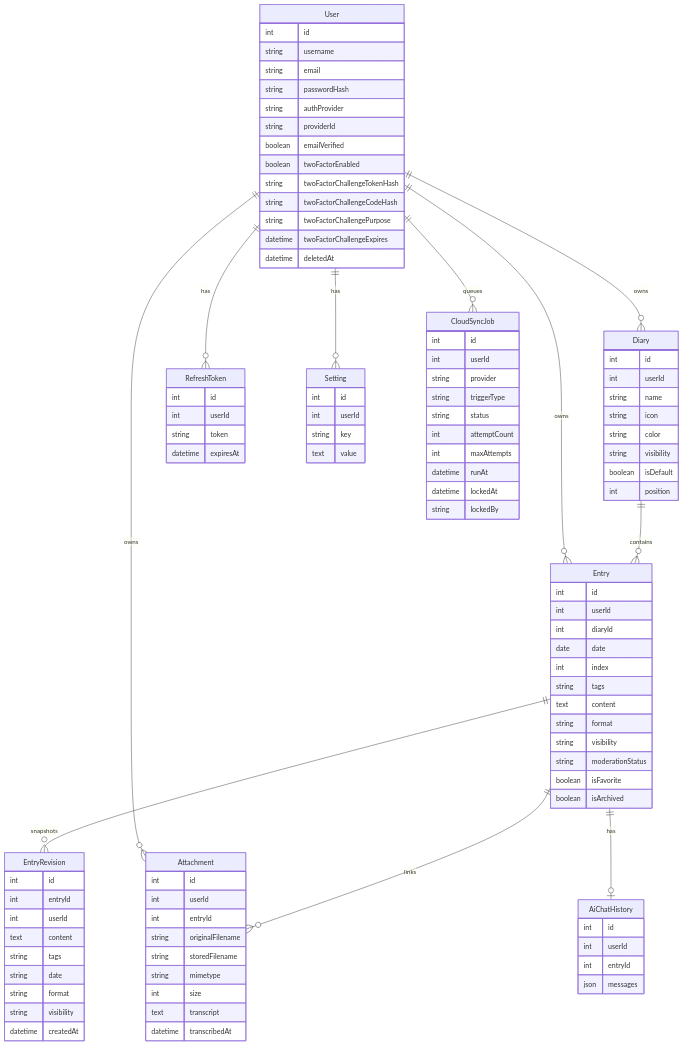
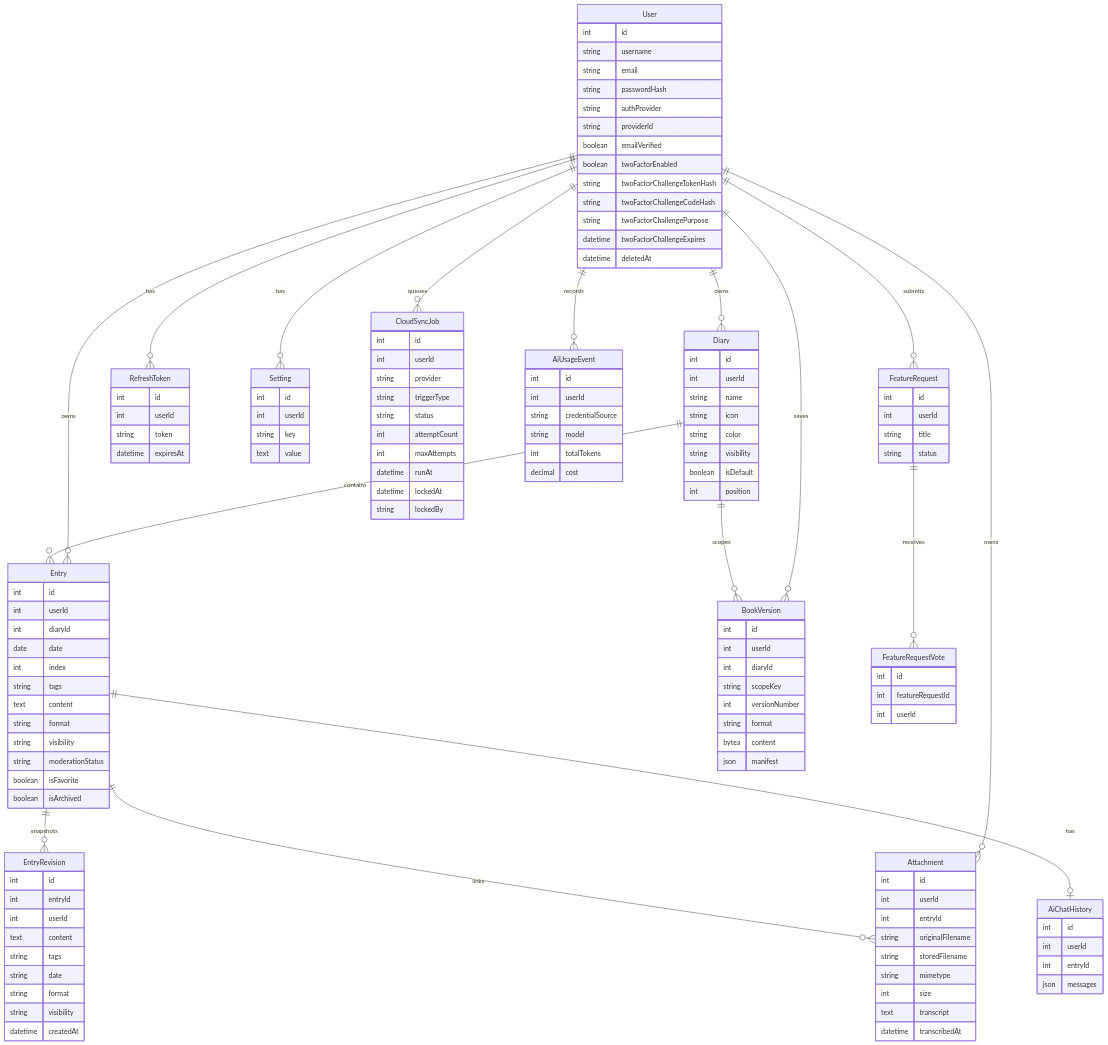
One commit to chefzaid/thoughty changed the diagram in docs/data-model.md. Above: the diagram before and after it, drawn with Mermaid. The commit also changed other lines of this file and 13 other files, not shown here.

````diff
--- a/docs/data-model.md
+++ b/docs/data-model.md
@@ -12,8 +12,13 @@
     User ||--o{ Setting : has
     User ||--o{ Attachment : owns
     User ||--o{ CloudSyncJob : queues
+    User ||--o{ AiUsageEvent : records
+    User ||--o{ BookVersion : saves
+    User ||--o{ FeatureRequest : submits
+    FeatureRequest ||--o{ FeatureRequestVote : receives
 
     Diary ||--o{ Entry : contains
+    Diary ||--o{ BookVersion : scopes
     Entry ||--o{ EntryRevision : snapshots
     Entry ||--o{ Attachment : links
     Entry ||--o| AiChatHistory : has
@@ -116,5 +121,38 @@
         int userId
         int entryId
         json messages
-}
+    }
+
+    AiUsageEvent {
+        int id
+        int userId
+        string credentialSource
+        string model
+        int totalTokens
+        decimal cost
+    }
+
+    BookVersion {
+        int id
+        int userId
+        int diaryId
+        string scopeKey
+        int versionNumber
+        string format
+        bytea content
+        json manifest
+    }
+
+    FeatureRequest {
+        int id
+        int userId
+        string title
+        string status
+    }
+
+    FeatureRequestVote {
+        int id
+        int featureRequestId
+        int userId
+    }
 ```
````
